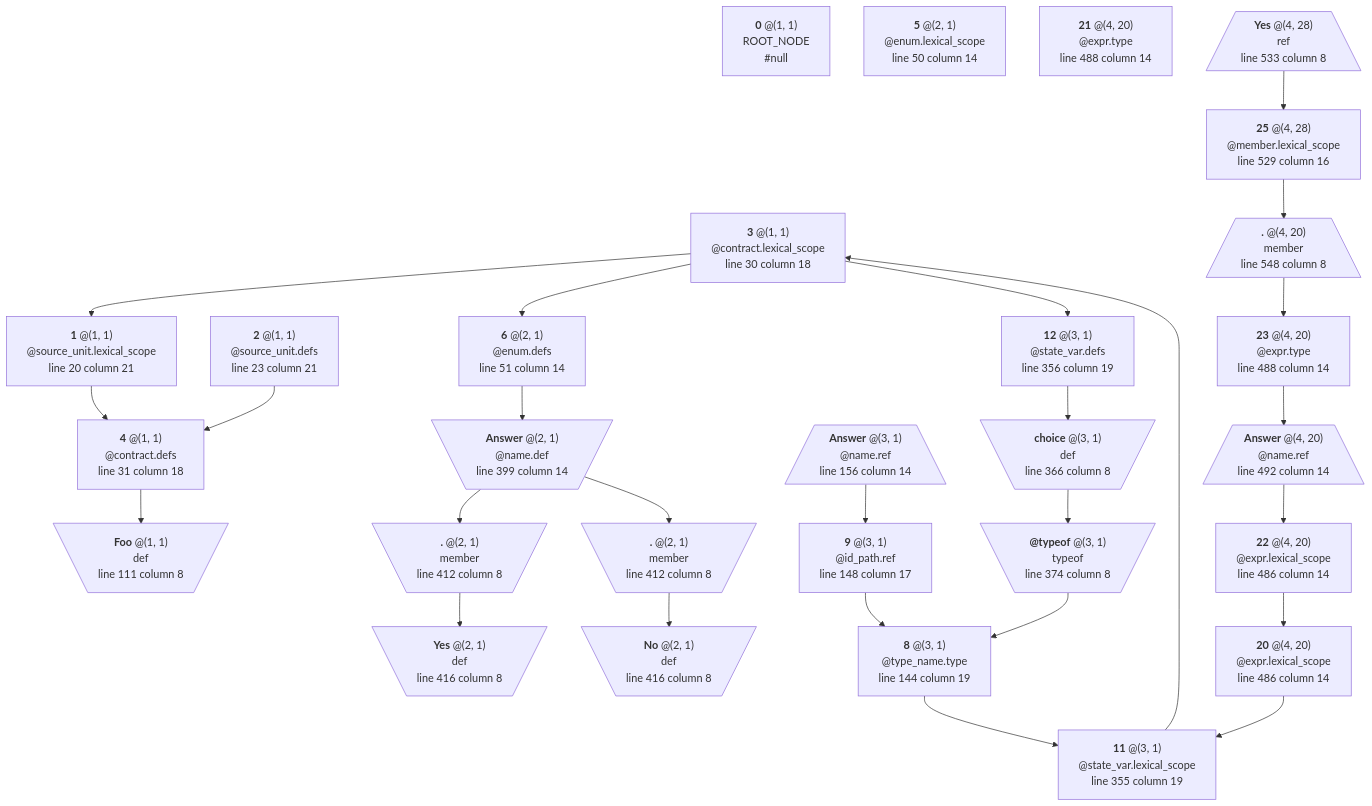
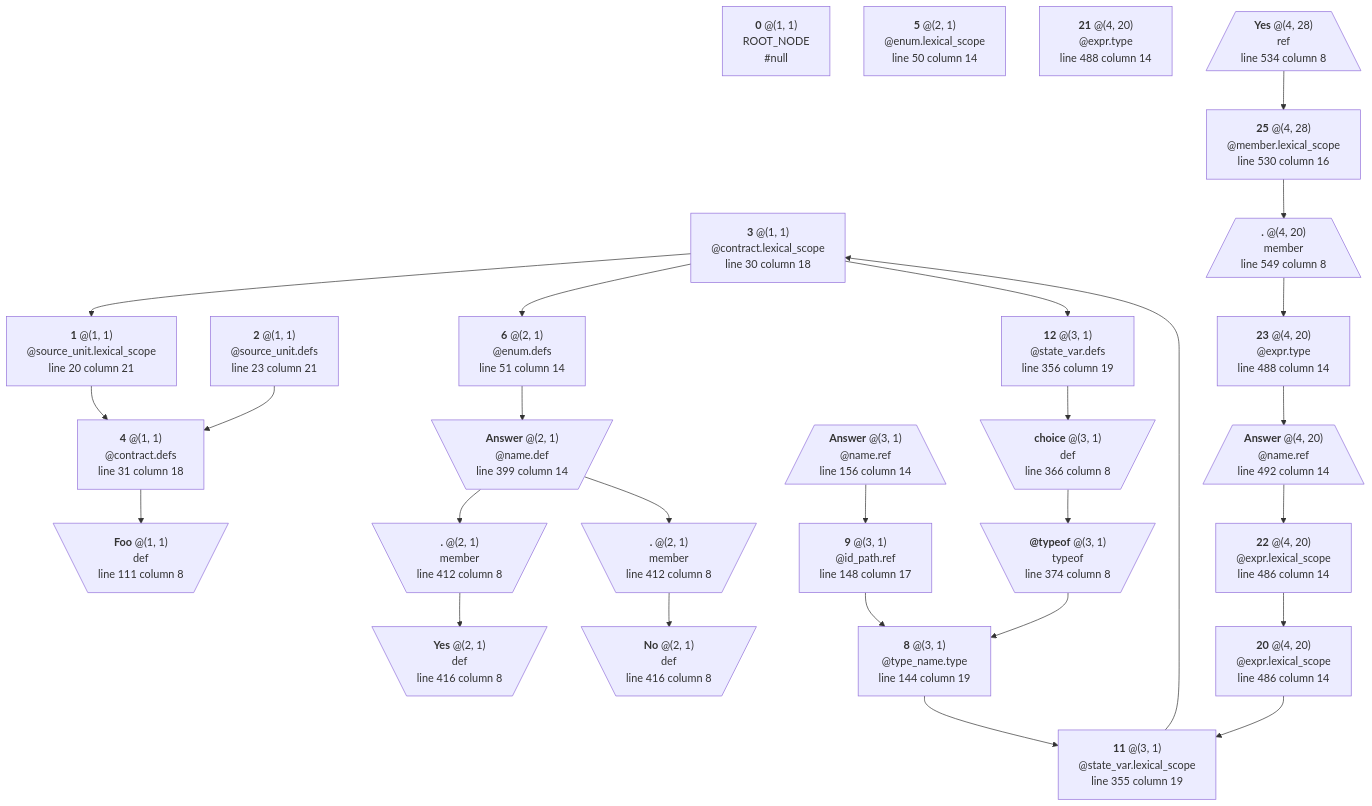
The diagram in crates/solidity/testing/snapshots/bindings_output/enums/generated/in_state_vars.sol-0.4.11.mmd (manastech/slang), drawn with Mermaid before and after one commit. The commit also changed 17 other files, not shown here.

```diff
--- a/crates/solidity/testing/snapshots/bindings_output/enums/generated/in_state_vars.sol-0.4.11.mmd
+++ b/crates/solidity/testing/snapshots/bindings_output/enums/generated/in_state_vars.sol-0.4.11.mmd
@@ -1,110 +1,110 @@
 graph TD
 	N0["`**0** @(1, 1)
 ROOT_NODE
 #null`"]
 	N1["`**1** @(1, 1)
 @source_unit.lexical_scope
 line 20 column 21`"]
 	N1 --> N4
 	N2["`**2** @(1, 1)
 @source_unit.defs
 line 23 column 21`"]
 	N2 --> N4
 	N3["`**3** @(1, 1)
 @contract.lexical_scope
 line 30 column 18`"]
 	N3 --> N1
 	N3 --> N6
 	N3 --> N12
 	N4["`**4** @(1, 1)
 @contract.defs
 line 31 column 18`"]
 	N4 --> N7
 	N5["`**5** @(2, 1)
 @enum.lexical_scope
 line 50 column 14`"]
 	N6["`**6** @(2, 1)
 @enum.defs
 line 51 column 14`"]
 	N6 --> N15
 	N7[\"`**Foo** @(1, 1)
 def
 line 111 column 8`"/]
 	N8["`**8** @(3, 1)
 @type_name.type
 line 144 column 19`"]
 	N8 --> N11
 	N9["`**9** @(3, 1)
 @id_path.ref
 line 148 column 17`"]
 	N9 --> N8
 	N10[/"`**Answer** @(3, 1)
 @name.ref
 line 156 column 14`"\]
 	N10 --> N9
 	N11["`**11** @(3, 1)
 @state_var.lexical_scope
 line 355 column 19`"]
 	N11 --> N3
 	N12["`**12** @(3, 1)
 @state_var.defs
 line 356 column 19`"]
 	N12 --> N13
 	N13[\"`**choice** @(3, 1)
 def
 line 366 column 8`"/]
 	N13 --> N14
 	N14[\"`**@typeof** @(3, 1)
 typeof
 line 374 column 8`"/]
 	N14 --> N8
 	N15[\"`**Answer** @(2, 1)
 @name.def
 line 399 column 14`"/]
 	N15 --> N16
 	N15 --> N18
 	N16[\"`**.** @(2, 1)
 member
 line 412 column 8`"/]
 	N16 --> N17
 	N17[\"`**Yes** @(2, 1)
 def
 line 416 column 8`"/]
 	N18[\"`**.** @(2, 1)
 member
 line 412 column 8`"/]
 	N18 --> N19
 	N19[\"`**No** @(2, 1)
 def
 line 416 column 8`"/]
 	N20["`**20** @(4, 20)
 @expr.lexical_scope
 line 486 column 14`"]
 	N20 --> N11
 	N21["`**21** @(4, 20)
 @expr.type
 line 488 column 14`"]
 	N22["`**22** @(4, 20)
 @expr.lexical_scope
 line 486 column 14`"]
 	N22 --> N20
 	N23["`**23** @(4, 20)
 @expr.type
 line 488 column 14`"]
 	N23 --> N24
 	N24[/"`**Answer** @(4, 20)
 @name.ref
 line 492 column 14`"\]
 	N24 --> N22
 	N25["`**25** @(4, 28)
 @member.lexical_scope
-line 529 column 16`"]
+line 530 column 16`"]
 	N25 --> N27
 	N26[/"`**Yes** @(4, 28)
 ref
-line 533 column 8`"\]
+line 534 column 8`"\]
 	N26 --> N25
 	N27[/"`**.** @(4, 20)
 member
-line 548 column 8`"\]
+line 549 column 8`"\]
 	N27 --> N23
```
